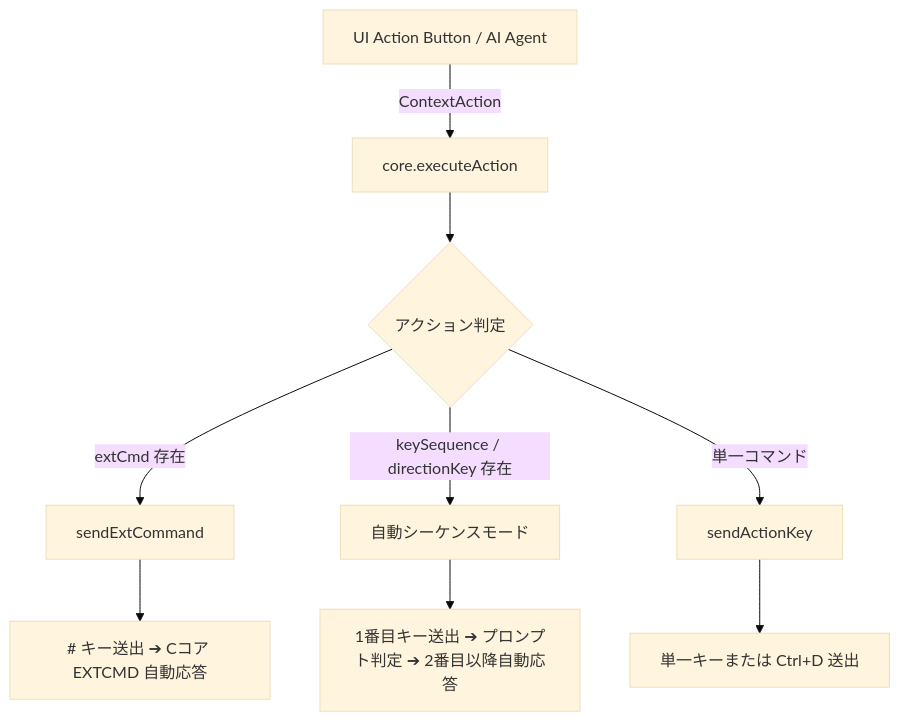
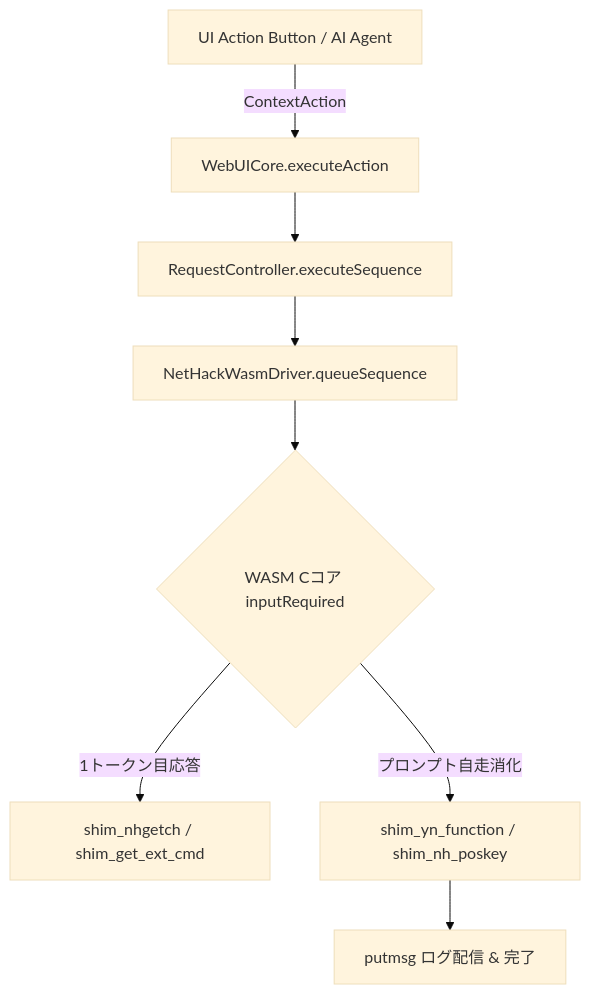
The diagram in docs/ContextActionSpec.md (e3sh/Nethack-wasm-webUI), drawn with Mermaid (base theme) before and after one commit. The commit also changed other lines of this file and 15 other files, not shown here.

First line of the commit message:
Update wasmDriver/WebUIcore/GKL

````diff
--- a/docs/ContextActionSpec.md
+++ b/docs/ContextActionSpec.md
@@ -11,11 +13,10 @@
 ```mermaid
 flowchart TD
-    A[UI Action Button / AI Agent] -->|ContextAction| B[core.executeAction]
-    B --> C{アクション判定}
-    C -->|extCmd 存在| D[sendExtCommand]
-    C -->|keySequence / directionKey 存在| E[自動シーケンスモード]
-    C -->|単一コマンド| F[sendActionKey]
-    D --> G[# キー送出 ➔ Cコア EXTCMD 自動応答]
-    E --> H[1番目キー送出 ➔ プロンプト判定 ➔ 2番目以降自動応答]
-    F --> I[単一キーまたは Ctrl+D 送出]
+    A[UI Action Button / AI Agent] -->|ContextAction| B[WebUICore.executeAction]
+    B --> C[RequestController.executeSequence]
+    C --> D[NetHackWasmDriver.queueSequence]
+    D --> E{WASM Cコア inputRequired}
+    E -->|1トークン目応答| F[shim_nhgetch / shim_get_ext_cmd]
+    E -->|プロンプト自走消化| G[shim_yn_function / shim_nh_poskey]
+    G --> H[putmsg ログ配信 & 完了]
 ```
````
